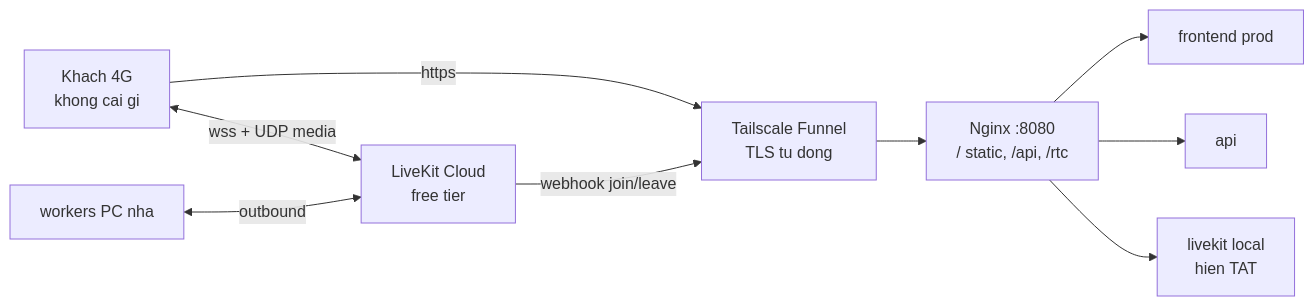
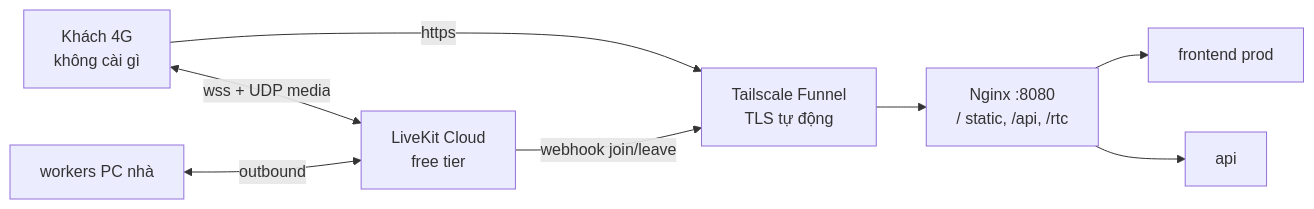
One commit to bexanhtuoi/E-Room changed diagram 13 of 14 in docs/workflow.md. Above: the diagram before and after it, drawn with Mermaid. The commit also changed other lines of this file and 7 other files, not shown here.

````diff
--- a/docs/workflow.md
+++ b/docs/workflow.md
@@ -129,11 +201,10 @@
 ```mermaid
 flowchart LR
-    V[Khach 4G<br/>khong cai gi] -->|https| F[Tailscale Funnel<br/>TLS tu dong]
+    V[Khách 4G<br/>không cài gì] -->|https| F[Tailscale Funnel<br/>TLS tự động]
     F --> C[Nginx :8080<br/>/ static, /api, /rtc]
     C --> FE[frontend prod]
     C --> API[api]
-    C --> LK[livekit local<br/>hien TAT]
     V <-->|wss + UDP media| LC[LiveKit Cloud<br/>free tier]
-    W[workers PC nha] <-->|outbound| LC
+    W[workers PC nhà] <-->|outbound| LC
     LC -->|webhook join/leave| F
 ```
````
